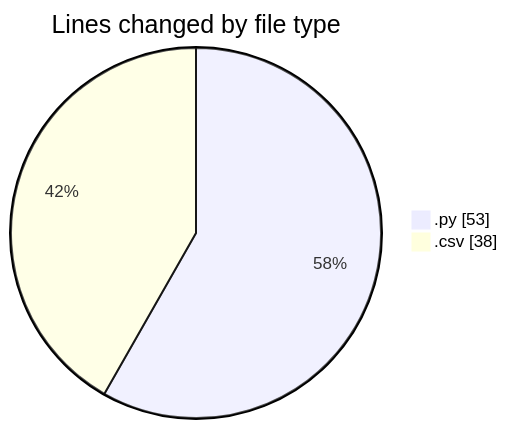
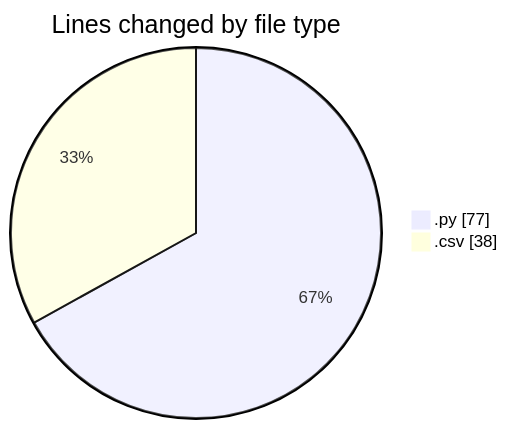
Before and after one commit to MatusMokan/code-tracking: the first of 2 diagrams in 2025-04-11/myws__workspace_/README.md, drawn with Mermaid. The commit also changed other lines of this file and 1 other file, not shown here.

````diff
--- a/2025-04-11/myws__workspace_/README.md
+++ b/2025-04-11/myws__workspace_/README.md
@@ -21,6 +21,6 @@
 ```mermaid
 pie showData
 title Lines changed by file type
-".py" : 53
+".py" : 77
 ".csv" : 38
 ```
````
